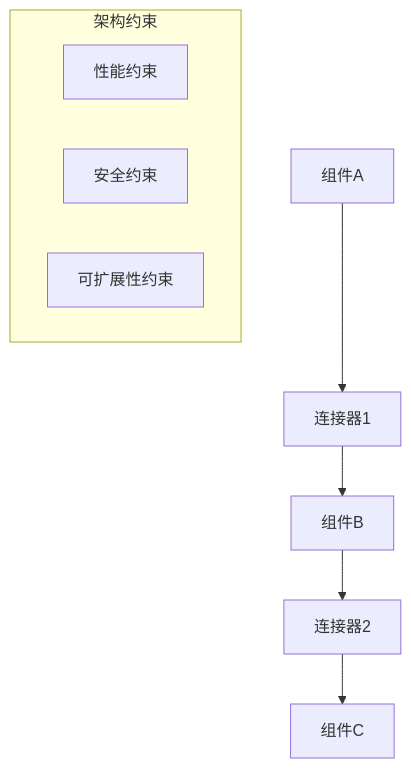
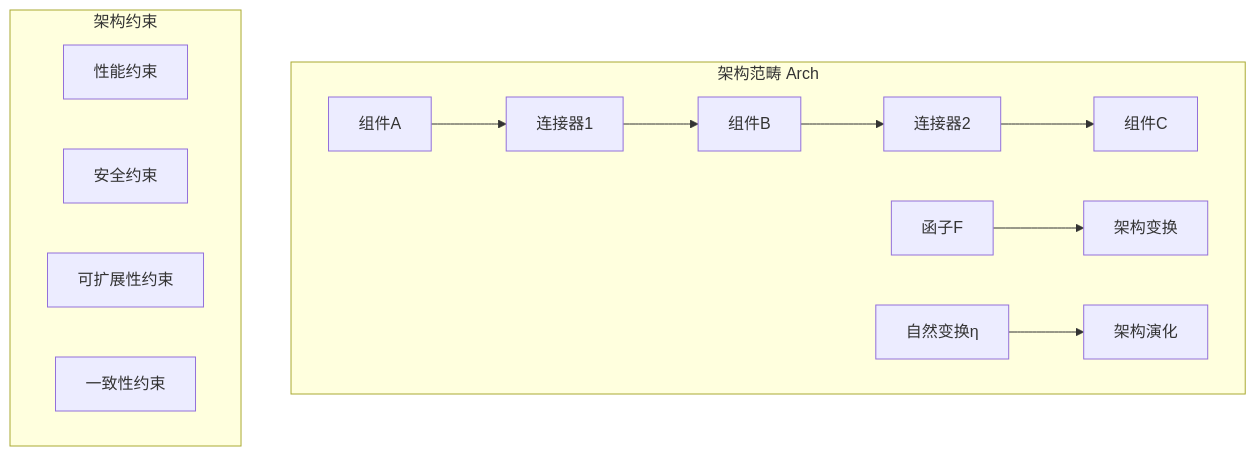
Before and after one commit to AdaMartin18010/formal-architecture: the first of 2 diagrams in Analysis/04-软件架构理论/00-软件架构理论总论.md, drawn with Mermaid. The commit also changed other lines of this file and 13 other files, not shown here.

````diff
--- a/Analysis/04-软件架构理论/00-软件架构理论总论.md
+++ b/Analysis/04-软件架构理论/00-软件架构理论总论.md
@@ -80,13 +276,19 @@
 ```mermaid
 graph TB
-    A[组件A] --> B[连接器1]
-    B --> C[组件B]
-    C --> D[连接器2]
-    D --> E[组件C]
+    subgraph "架构范畴 Arch"
+        A[组件A] --> B[连接器1]
+        B --> C[组件B]
+        C --> D[连接器2]
+        D --> E[组件C]
+        
+        F[函子F] --> G[架构变换]
+        H[自然变换η] --> I[架构演化]
+    end
     
     subgraph "架构约束"
-        F[性能约束]
-        G[安全约束]
-        H[可扩展性约束]
+        J[性能约束]
+        K[安全约束]
+        L[可扩展性约束]
+        M[一致性约束]
     end
 ```
````
